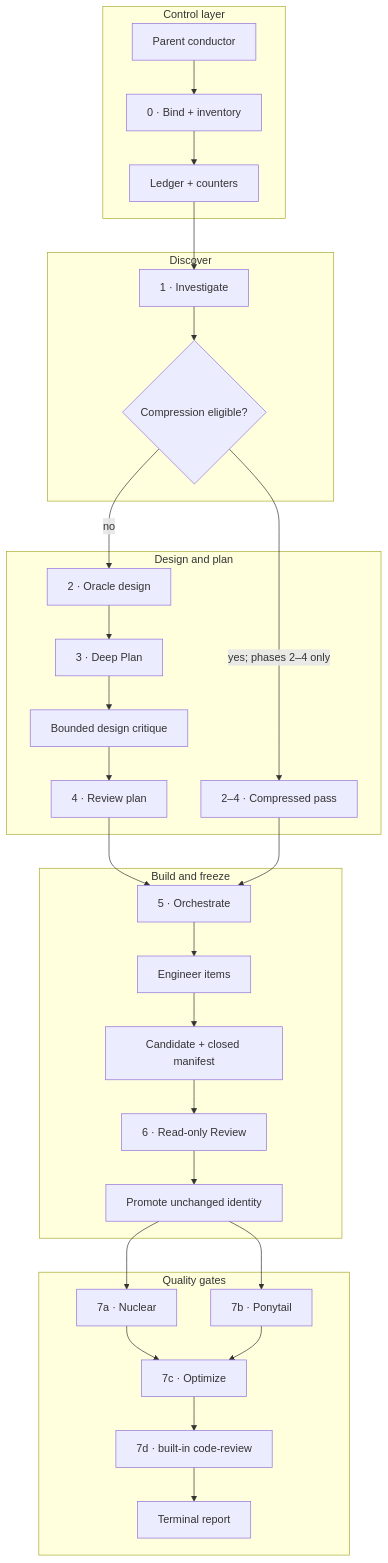
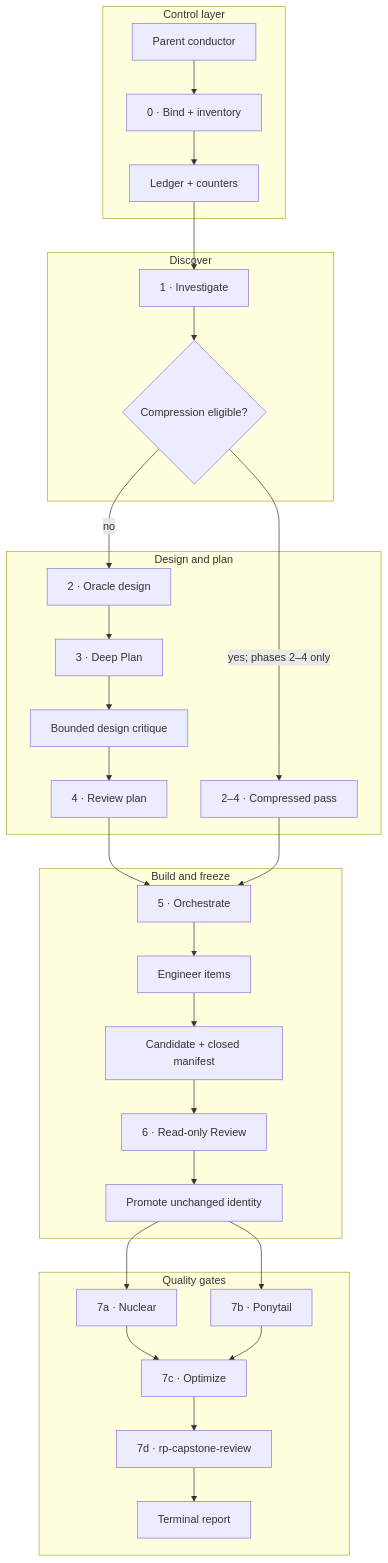
Before and after one commit to Helg1us/cookbook: the first of 2 diagrams in docs/workflows/repoprompt-ce/rp-loop-engineering-guide.uk.md, drawn with Mermaid. The commit also changed other lines of this file and 1 other file, not shown here.

Commit message:
feat(rp-loop): integrate standalone capstone gate

````diff
--- a/docs/workflows/repoprompt-ce/rp-loop-engineering-guide.uk.md
+++ b/docs/workflows/repoprompt-ce/rp-loop-engineering-guide.uk.md
@@ -14,43 +14,43 @@
 ```mermaid
 flowchart TB
   subgraph L0["Control layer"]
     P["Parent conductor"]
     B["0 · Bind + inventory"]
     L["Ledger + counters"]
   end
   subgraph L1["Discover"]
     I["1 · Investigate"]
     C{"Compression eligible?"}
   end
   subgraph L2["Design and plan"]
     O["2 · Oracle design"]
     D["3 · Deep Plan"]
     K["Bounded design critique"]
     R4["4 · Review plan"]
     S["2–4 · Compressed pass"]
   end
   subgraph L3["Build and freeze"]
     OR["5 · Orchestrate"]
     E["Engineer items"]
     ID["Candidate + closed manifest"]
     R6["6 · Read-only Review"]
     PR["Promote unchanged identity"]
   end
   subgraph L4["Quality gates"]
     N["7a · Nuclear"]
     T["7b · Ponytail"]
     OP["7c · Optimize"]
-    CR["7d · built-in code-review"]
+    CR["7d · rp-capstone-review"]
     Z["Terminal report"]
   end
   P --> B --> L --> I --> C
   C -- "no" --> O --> D --> K --> R4
   C -- "yes; phases 2–4 only" --> S
   R4 --> OR
   S --> OR
   OR --> E --> ID --> R6 --> PR
   PR --> N
   PR --> T
   N --> OP
   T --> OP --> CR --> Z
 ```
````
